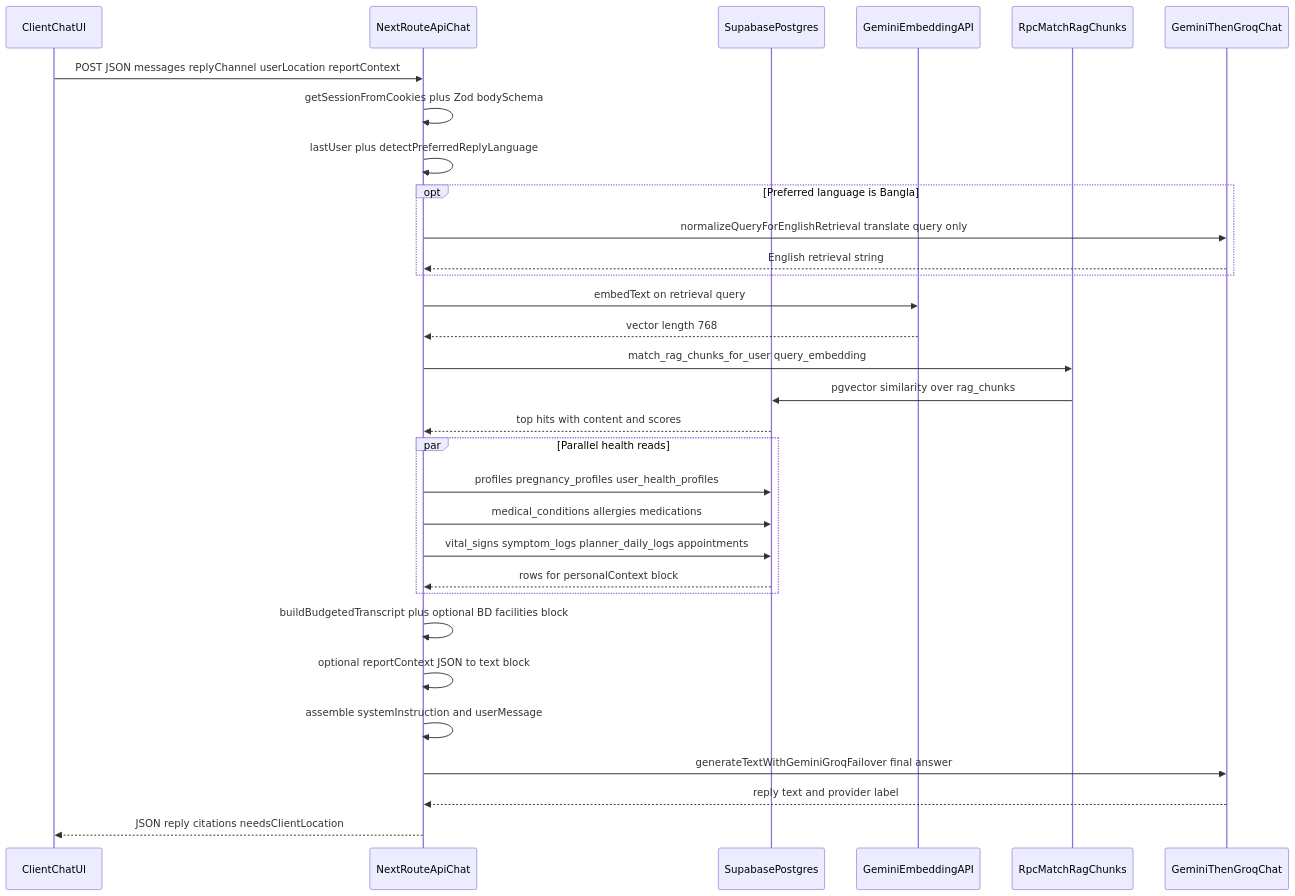
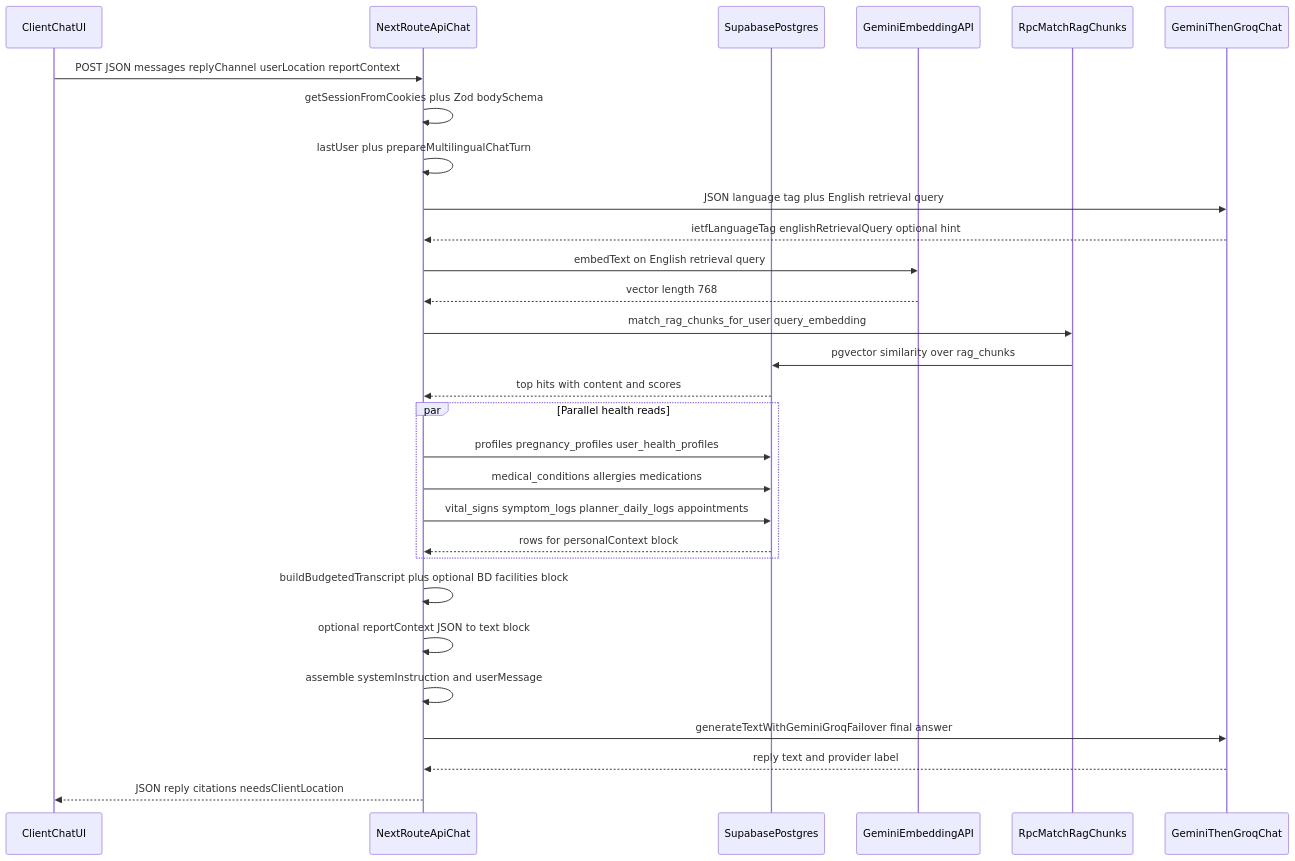
The fifth of 13 diagrams in docs/ARCHITECTURE.md (AlifDevPro/maacare), drawn with Mermaid before and after one commit. The commit also changed other lines of this file and 3 other files, not shown here.

First line of the commit message:
feat(chat): multilingual prep for English RAG and reply in user language

````diff
--- a/docs/ARCHITECTURE.md
+++ b/docs/ARCHITECTURE.md
@@ -193,34 +193,32 @@
 ```mermaid
 sequenceDiagram
   participant C as ClientChatUI
   participant API as NextRouteApiChat
   participant DB as SupabasePostgres
   participant Emb as GeminiEmbeddingAPI
   participant RPC as RpcMatchRagChunks
   participant LLM as GeminiThenGroqChat
 
   C->>API: POST JSON messages replyChannel userLocation reportContext
   API->>API: getSessionFromCookies plus Zod bodySchema
-  API->>API: lastUser plus detectPreferredReplyLanguage
-  opt Preferred language is Bangla
-    API->>LLM: normalizeQueryForEnglishRetrieval translate query only
-    LLM-->>API: English retrieval string
-  end
-  API->>Emb: embedText on retrieval query
+  API->>API: lastUser plus prepareMultilingualChatTurn
+  API->>LLM: JSON language tag plus English retrieval query
+  LLM-->>API: ietfLanguageTag englishRetrievalQuery optional hint
+  API->>Emb: embedText on English retrieval query
   Emb-->>API: vector length 768
   API->>RPC: match_rag_chunks_for_user query_embedding
   RPC->>DB: pgvector similarity over rag_chunks
   DB-->>API: top hits with content and scores
   par Parallel health reads
     API->>DB: profiles pregnancy_profiles user_health_profiles
     API->>DB: medical_conditions allergies medications
     API->>DB: vital_signs symptom_logs planner_daily_logs appointments
     DB-->>API: rows for personalContext block
   end
   API->>API: buildBudgetedTranscript plus optional BD facilities block
   API->>API: optional reportContext JSON to text block
   API->>API: assemble systemInstruction and userMessage
   API->>LLM: generateTextWithGeminiGroqFailover final answer
   LLM-->>API: reply text and provider label
   API-->>C: JSON reply citations needsClientLocation
 ```
````
